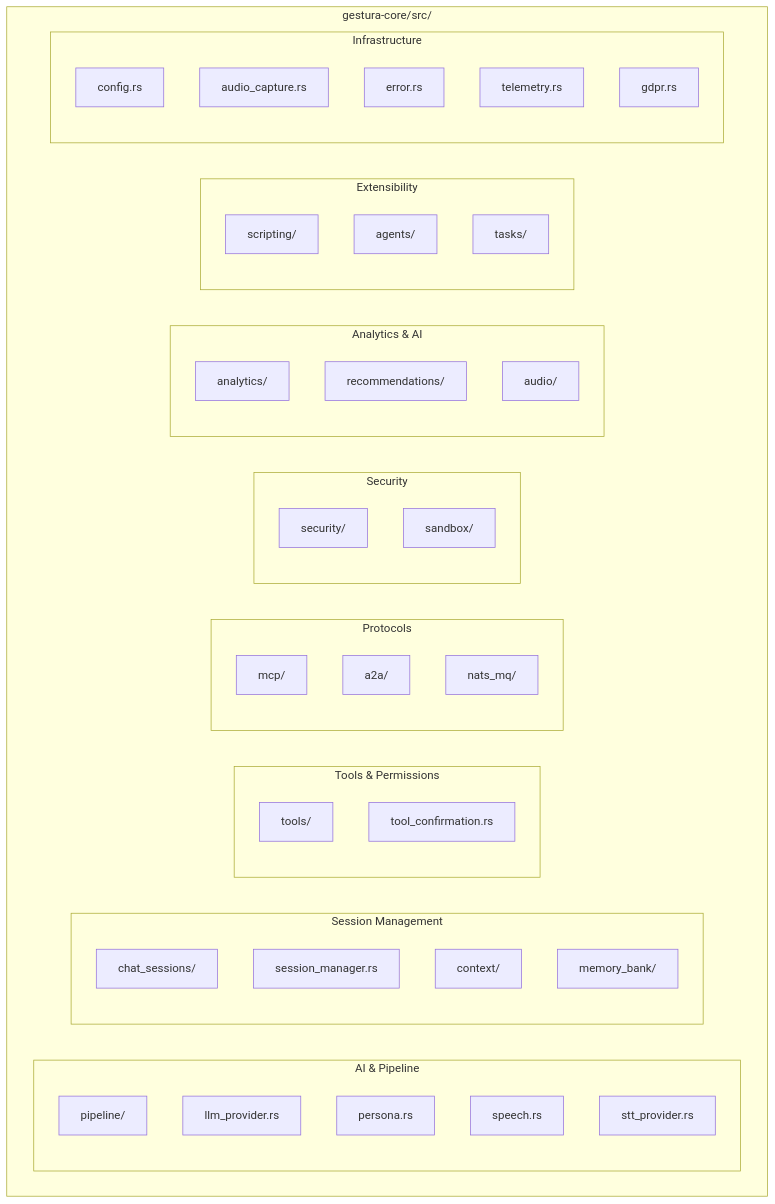
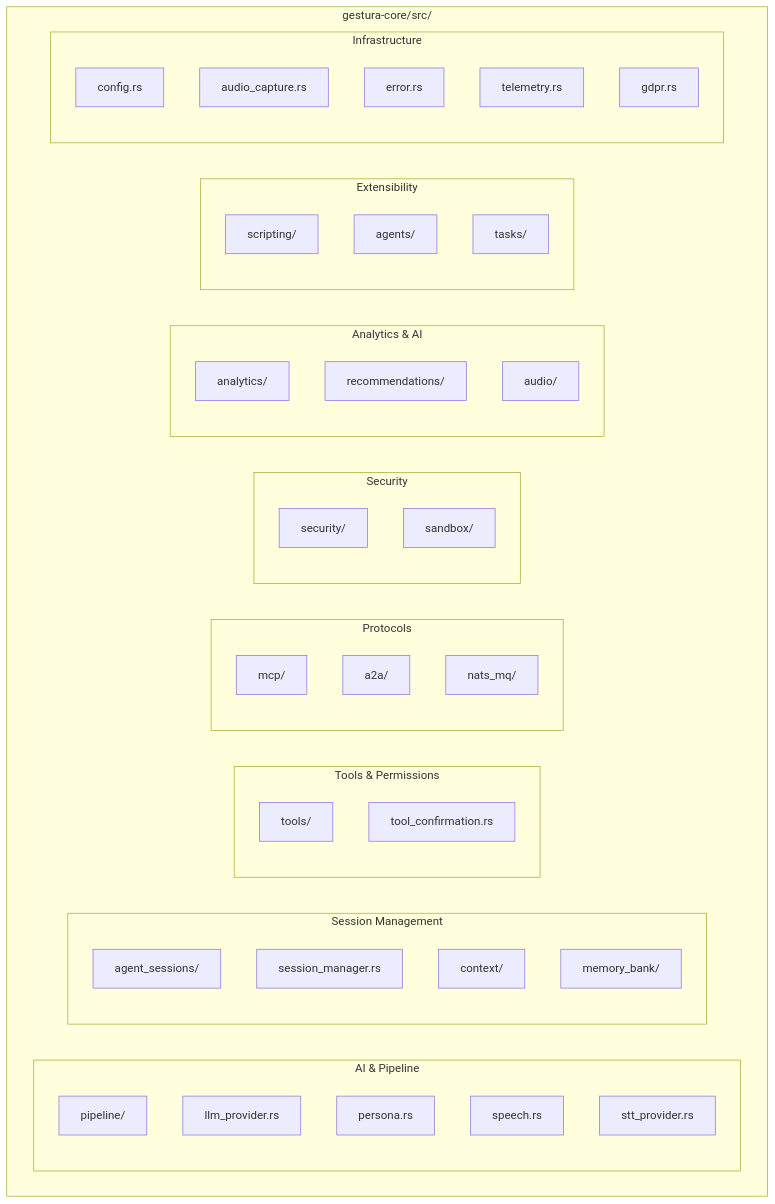
One commit to gestura-ai/gestura-app changed the second of 8 diagrams in docs/ARCHITECTURE.md. Above: the diagram before and after it, drawn with Mermaid. The commit also changed other lines of this file and 188 other files, not shown here.

First line of the commit message:
feat: extract 13 domain crates from gestura-core + rename chat→agent verbage

````diff
--- a/docs/ARCHITECTURE.md
+++ b/docs/ARCHITECTURE.md
@@ -118,55 +118,55 @@
 ```mermaid
 graph TB
     subgraph "gestura-core/src/"
         subgraph "AI & Pipeline"
             pipeline[pipeline/]
             llm_provider[llm_provider.rs]
             persona[persona.rs]
             speech[speech.rs]
             stt_provider[stt_provider.rs]
         end
 
         subgraph "Session Management"
-            chat_sessions[chat_sessions/]
+            agent_sessions[agent_sessions/]
             session_manager[session_manager.rs]
             context[context/]
             memory_bank[memory_bank/]
         end
 
         subgraph "Tools & Permissions"
             tools[tools/]
             tool_confirmation[tool_confirmation.rs]
         end
 
         subgraph "Protocols"
             mcp[mcp/]
             a2a[a2a/]
             nats_mq[nats_mq/]
         end
 
         subgraph "Security"
             security[security/]
             sandbox[sandbox/]
         end
 
         subgraph "Analytics & AI"
             analytics[analytics/]
             recommendations[recommendations/]
             audio[audio/]
         end
 
         subgraph "Extensibility"
             scripting[scripting/]
             agents[agents/]
             tasks[tasks/]
         end
 
         subgraph "Infrastructure"
             config[config.rs]
             audio_capture[audio_capture.rs]
             error[error.rs]
             telemetry[telemetry.rs]
             gdpr[gdpr.rs]
         end
     end
 ```
````
